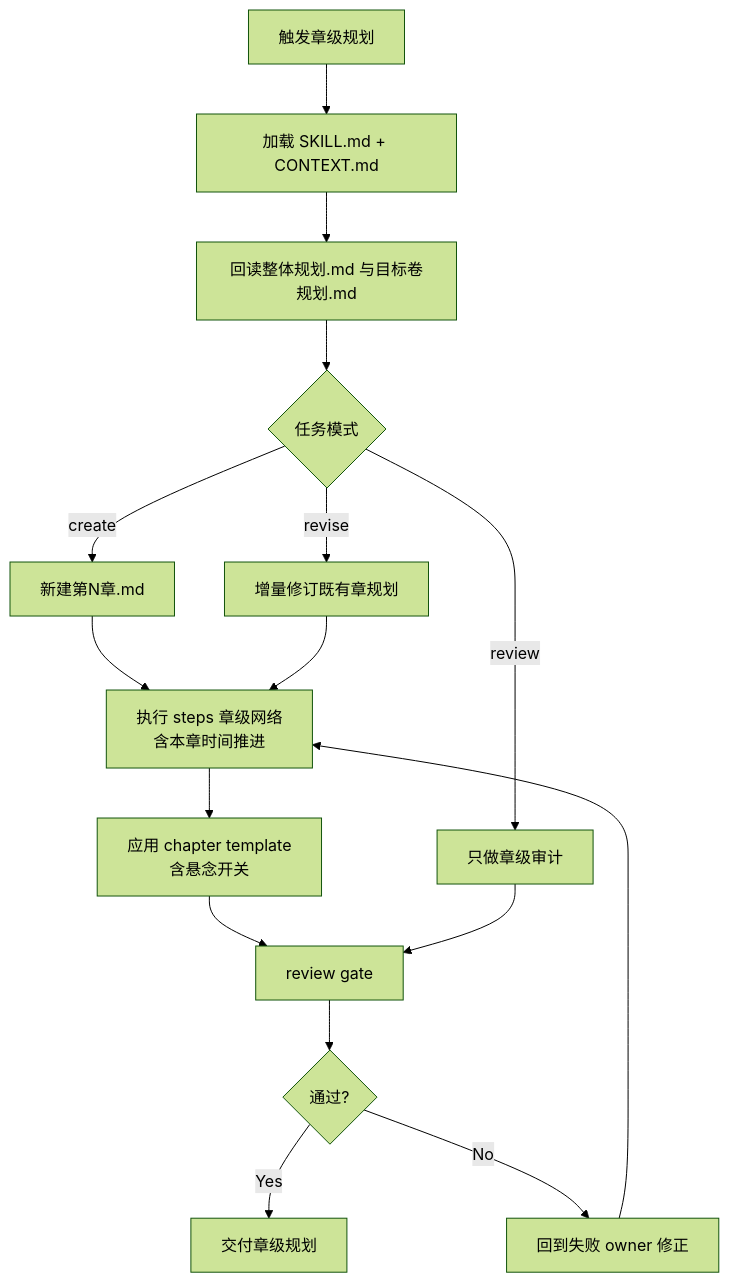
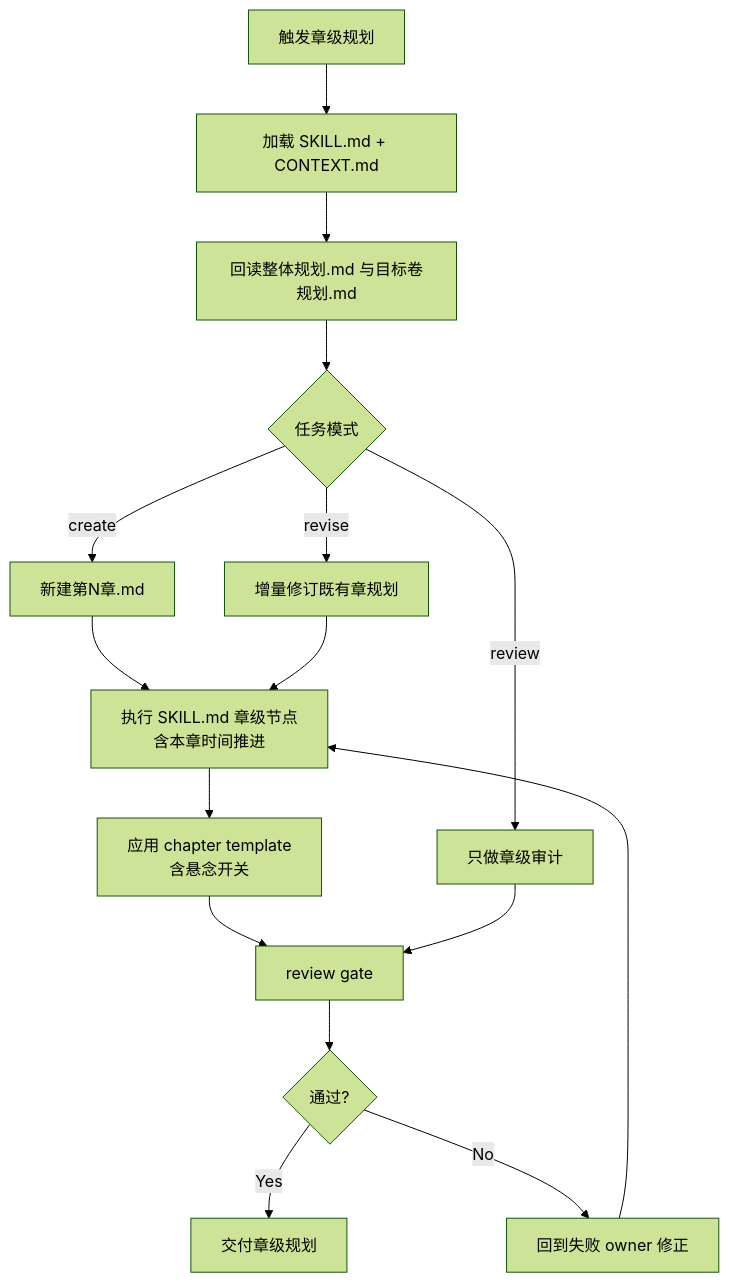
Before and after one commit to ZEN-VOID/AI-CUT: the first of 2 diagrams in .agents/skills/story/2-卷章/3-章级/SKILL.md, drawn with Mermaid (forest theme). The commit also changed other lines of this file and 439 other files, not shown here.

````diff
--- a/.agents/skills/story/2-卷章/3-章级/SKILL.md
+++ b/.agents/skills/story/2-卷章/3-章级/SKILL.md
@@ -56,18 +83,18 @@
 ```mermaid
 flowchart TD
     A["触发章级规划"] --> B["加载 SKILL.md + CONTEXT.md"]
     B --> C["回读整体规划.md 与目标卷规划.md"]
     C --> D{"任务模式"}
     D -->|"create"| E["新建第N章.md"]
     D -->|"revise"| F["增量修订既有章规划"]
     D -->|"review"| G["只做章级审计"]
-    E --> H["执行 steps 章级网络<br/>含本章时间推进"]
+    E --> H["执行 SKILL.md 章级节点<br/>含本章时间推进"]
     F --> H
     H --> J["应用 chapter template<br/>含悬念开关"]
     J --> K["review gate"]
     G --> K
     K --> L{"通过?"}
     L -->|"Yes"| M["交付章级规划"]
     L -->|"No"| N["回到失败 owner 修正"]
     N --> H
 ```
````
